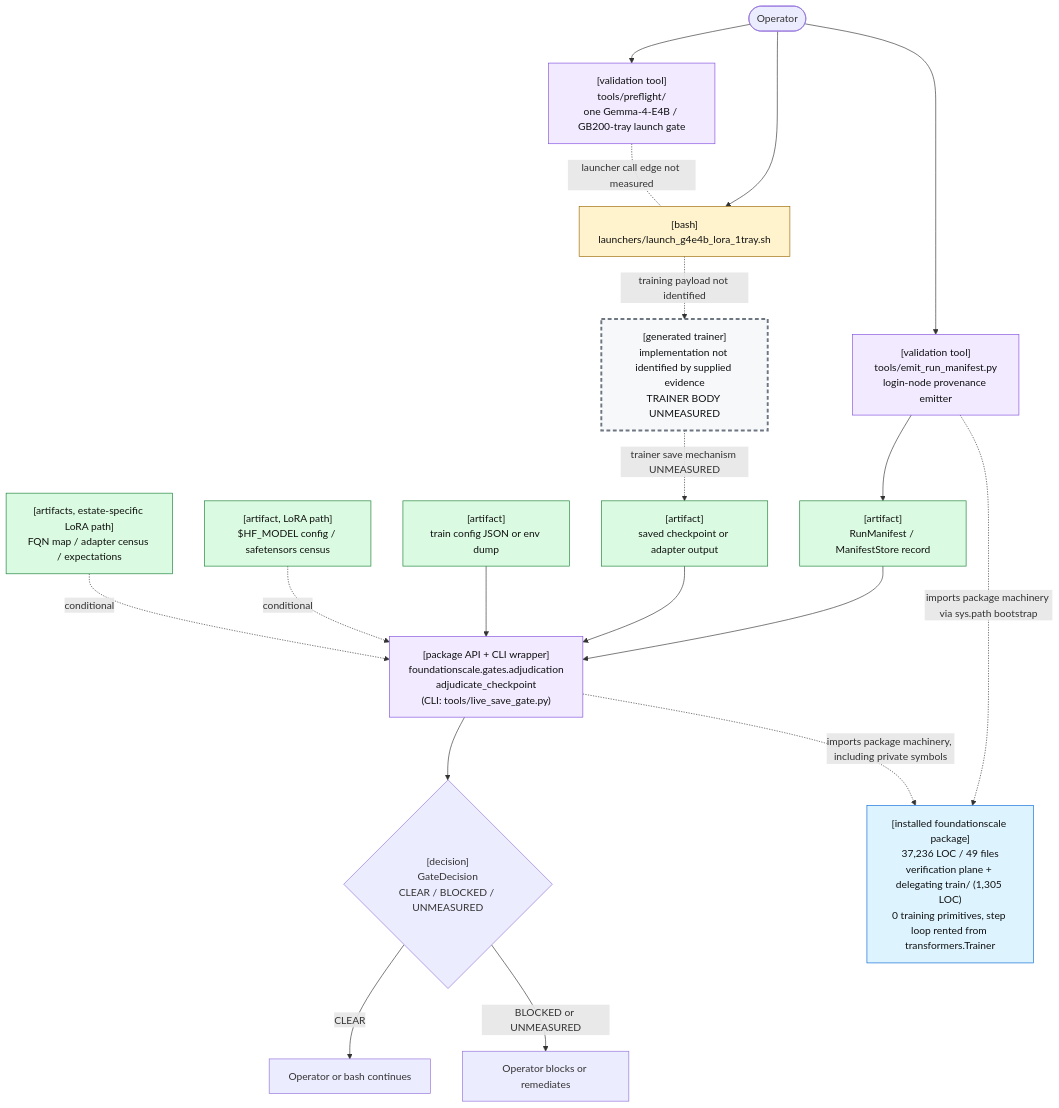
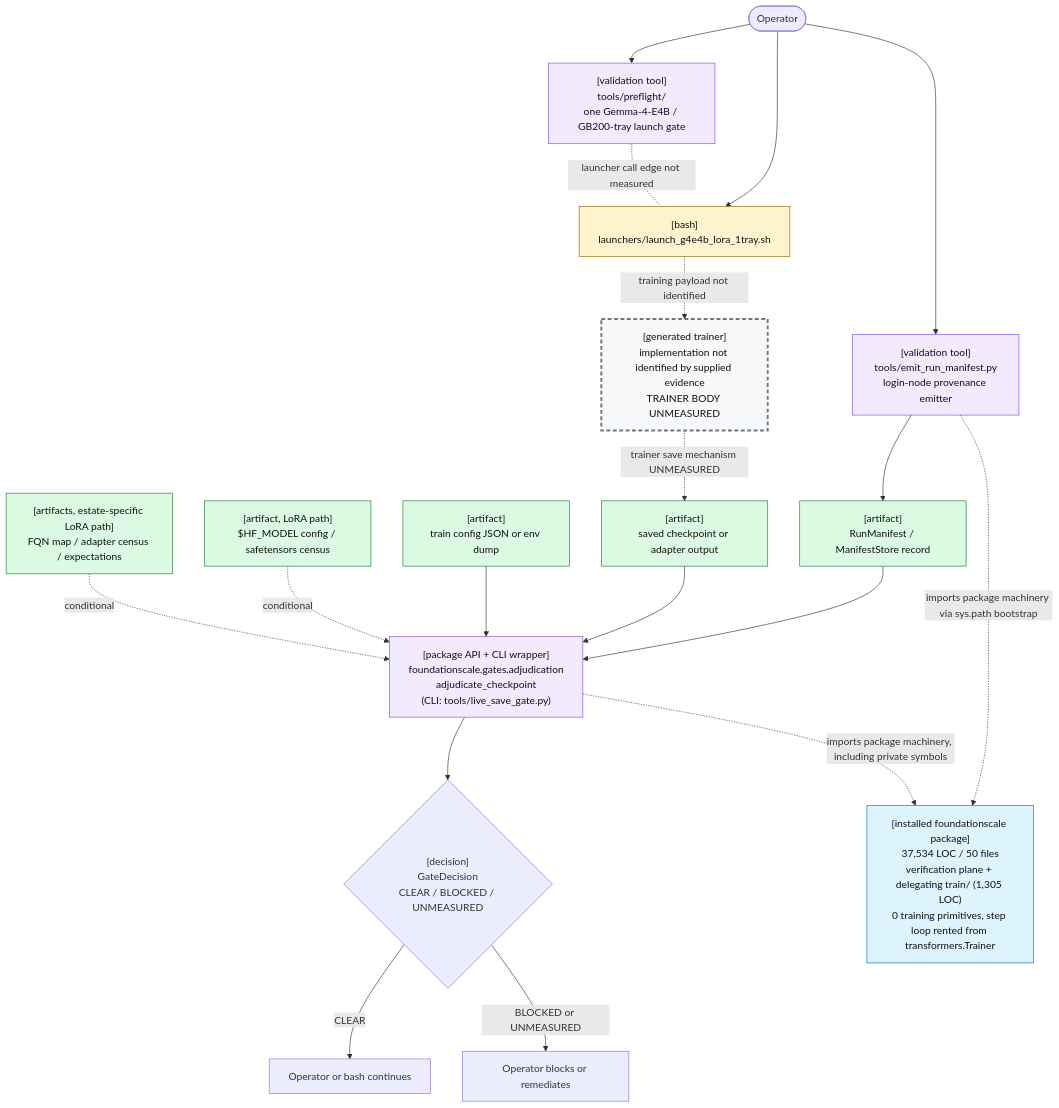
One commit to TranNhiem/FoundationScale changed the first of 2 diagrams in docs/review/D2_current_architecture.md. Above: the diagram before and after it, drawn with Mermaid. The commit also changed other lines of this file and 16 other files, not shown here.

````diff
--- a/docs/review/D2_current_architecture.md
+++ b/docs/review/D2_current_architecture.md
@@ -25,59 +25,59 @@
 ```mermaid
 flowchart TB
   O(["Operator"])
 
   PF["[validation tool]<br/>tools/preflight/<br/>one Gemma-4-E4B / GB200-tray launch gate"]
   L["[bash]<br/>launchers/launch_g4e4b_lora_1tray.sh"]
 
   E["[validation tool]<br/>tools/emit_run_manifest.py<br/>login-node provenance emitter"]
   M["[artifact]<br/>RunManifest / ManifestStore record"]
 
   T["[generated trainer]<br/>implementation not identified by supplied evidence<br/>TRAINER BODY UNMEASURED"]
   C["[artifact]<br/>saved checkpoint or adapter output"]
 
   G["[package API + CLI wrapper]<br/>foundationscale.gates.adjudication<br/>adjudicate_checkpoint<br/>(CLI: tools/live_save_gate.py)"]
   CFG["[artifact]<br/>train config JSON or env dump"]
   BASE["[artifact, LoRA path]<br/>$HF_MODEL config / safetensors census"]
   CEN["[artifacts, estate-specific LoRA path]<br/>FQN map / adapter census / expectations"]
 
   D{"[decision]<br/>GateDecision<br/>CLEAR / BLOCKED / UNMEASURED"}
   OK["Operator or bash continues"]
   NO["Operator blocks or remediates"]
 
-  PKG["[installed foundationscale package]<br/>37,236 LOC / 49 files<br/>verification plane + delegating train/ (1,305 LOC)<br/>0 training primitives, step loop rented from transformers.Trainer"]
+  PKG["[installed foundationscale package]<br/>37,534 LOC / 50 files<br/>verification plane + delegating train/ (1,305 LOC)<br/>0 training primitives, step loop rented from transformers.Trainer"]
 
   O --> PF
   O --> L
   PF -. "launcher call edge not measured" .- L
 
   O --> E
   E --> M
 
   L -. "training payload not identified" .-> T
   T -. "trainer save mechanism UNMEASURED" .-> C
 
   M --> G
   C --> G
   CFG --> G
   BASE -. "conditional" .-> G
   CEN -. "conditional" .-> G
 
   E -. "imports package machinery via sys.path bootstrap" .-> PKG
   G -. "imports package machinery, including private symbols" .-> PKG
 
   G --> D
   D -->|"CLEAR"| OK
   D -->|"BLOCKED or UNMEASURED"| NO
 
   classDef bash fill:#fff3cd,stroke:#9a6700,color:#111;
   classDef tool fill:#f2eaff,stroke:#8250df,color:#111;
   classDef artifact fill:#dafbe1,stroke:#1a7f37,color:#111;
   classDef gap fill:#f6f8fa,stroke:#6e7781,stroke-width:3px,stroke-dasharray: 6 4,color:#111;
   classDef pkg fill:#ddf4ff,stroke:#0969da,color:#111;
 
   class L bash;
   class PF,E,G tool;
   class M,C,CFG,BASE,CEN artifact;
   class T gap;
   class PKG pkg;
 ```
````
